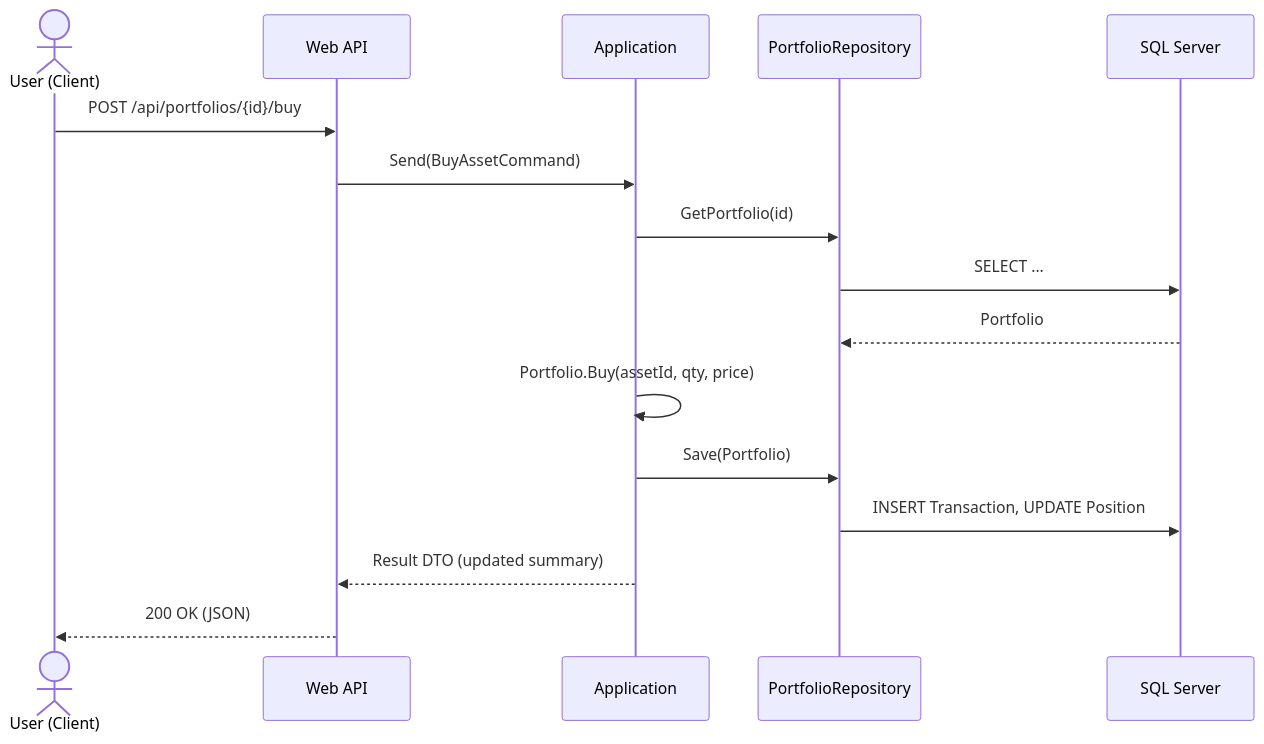
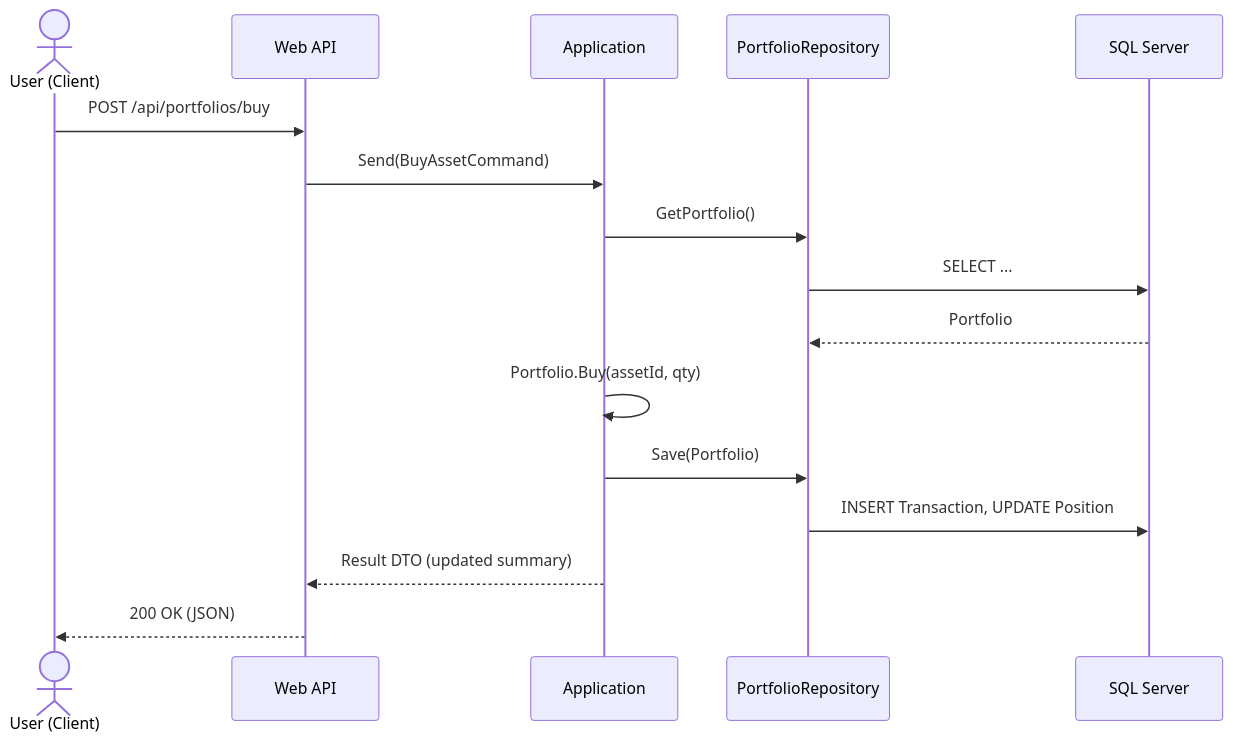
The diagram in Architecture.md (dimitargrozdanov2/Financial-Portfolio), drawn with Mermaid before and after one commit.

````diff
--- a/Architecture.md
+++ b/Architecture.md
@@ -105,19 +105,19 @@
 ```mermaid
 sequenceDiagram
     actor U as User (Client)
     participant API as Web API
     participant App as Application
     participant Repo as PortfolioRepository
     participant DB as SQL Server
 
-    U->>API: POST /api/portfolios/{id}/buy
+    U->>API: POST /api/portfolios/buy
     API->>App: Send(BuyAssetCommand)
-    App->>Repo: GetPortfolio(id)
+    App->>Repo: GetPortfolio()
     Repo->>DB: SELECT ...
     DB-->>Repo: Portfolio
-    App->>App: Portfolio.Buy(assetId, qty, price)
+    App->>App: Portfolio.Buy(assetId, qty)
     App->>Repo: Save(Portfolio)
     Repo->>DB: INSERT Transaction, UPDATE Position
     App-->>API: Result DTO (updated summary)
     API-->>U: 200 OK (JSON)
 ```
````
